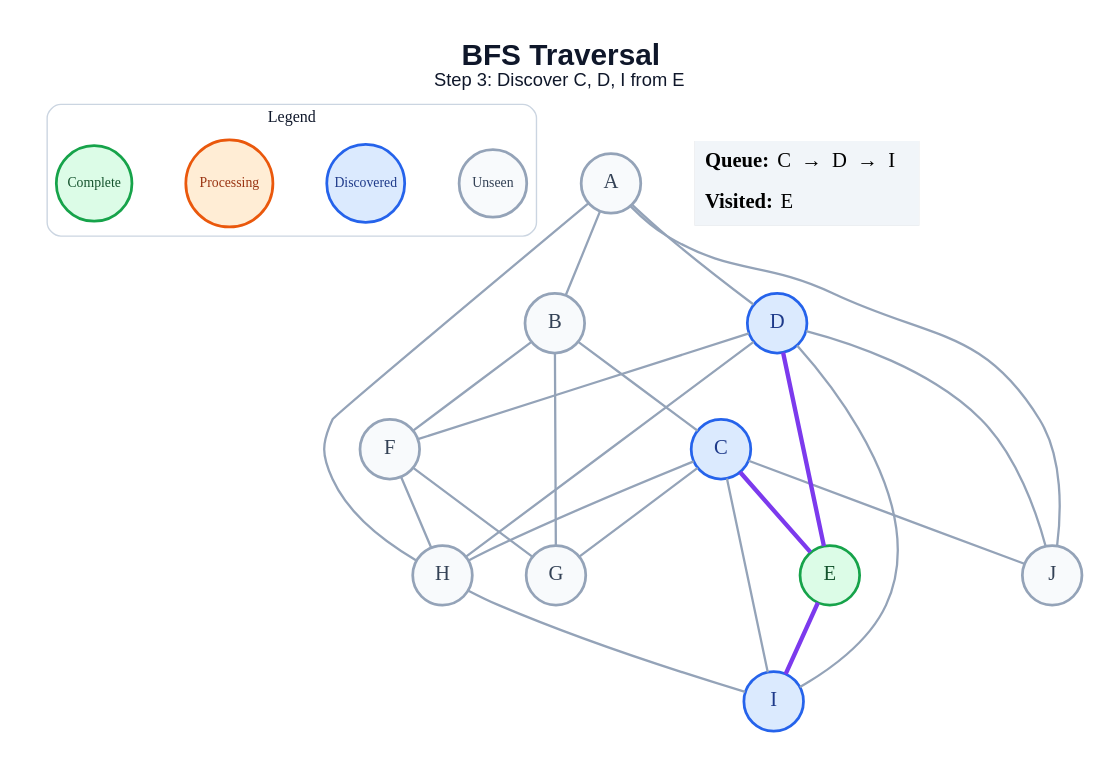
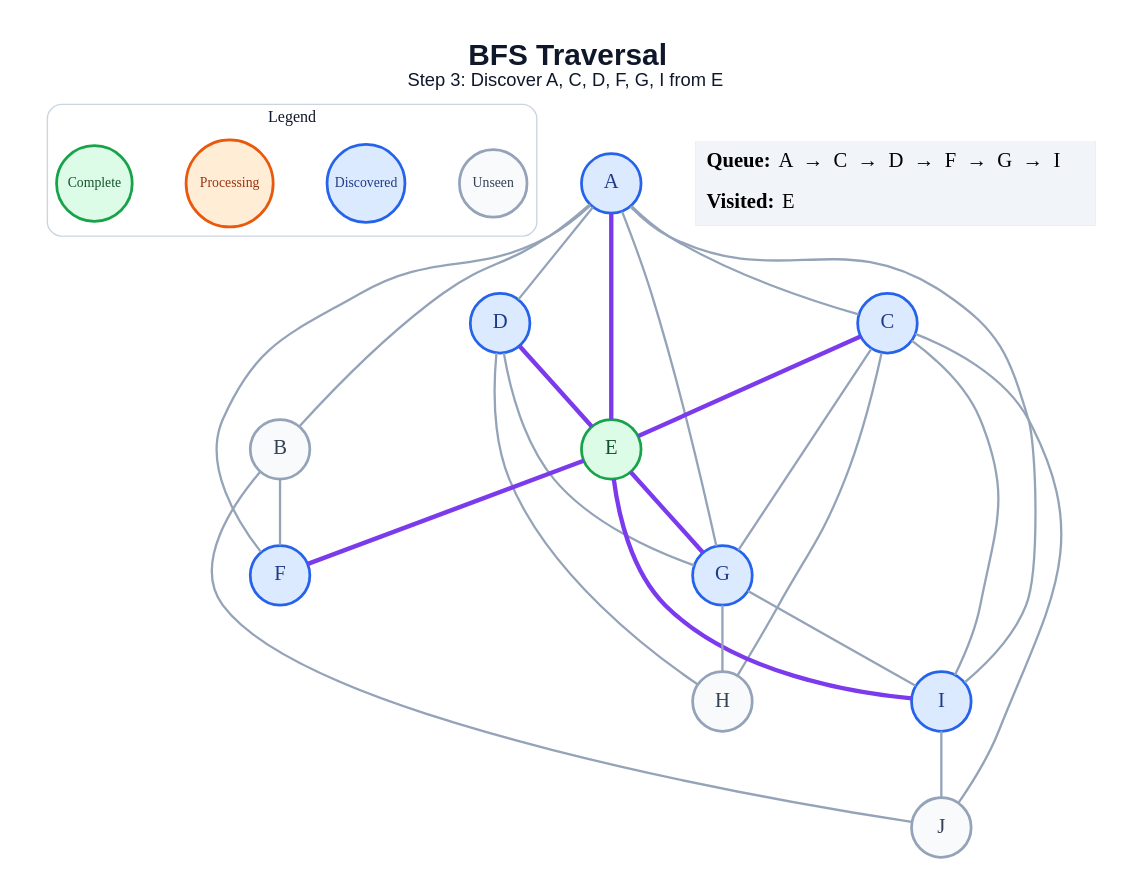
The diagram in generated/specific-node/bfs/step_03.dot (anon7238593-create/ai-slop), drawn with Graphviz before and after one commit. The commit also changed 179 other files, not shown here.

```diff
--- a/generated/specific-node/bfs/step_03.dot
+++ b/generated/specific-node/bfs/step_03.dot
@@ -1,50 +1,52 @@
 graph traversal {
   graph [layout=dot, rankdir=TB, bgcolor="#FFFFFF", pad="0.35", nodesep="0.65", ranksep="0.8", fontname="Arial"];
   node [shape=circle, style="filled", fontname="Arial Bold", fontsize=18, width=0.72, fixedsize=true, penwidth=2.4];
   edge [color="#94A3B8", penwidth=2.0];
-  label=<<B>BFS Traversal</B><BR/><FONT POINT-SIZE="16">Step 3: Discover C, D, I from E</FONT>>; labelloc="t"; fontsize=26; fontname="Arial"; fontcolor="#0F172A";
+  label=<<B>BFS Traversal</B><BR/><FONT POINT-SIZE="16">Step 3: Discover A, C, D, F, G, I from E</FONT>>; labelloc="t"; fontsize=26; fontname="Arial"; fontcolor="#0F172A";
   subgraph cluster_legend { label="Legend"; color="#CBD5E1"; penwidth=1.2; style="rounded"; fontsize=14; fontname="Arial Bold";
     key_unseen [label="Unseen", fillcolor="#F8FAFC", color="#94A3B8", fontcolor="#334155", fontsize=12, width=0.82];
     key_frontier [label="Discovered", fillcolor="#DBEAFE", color="#2563EB", fontcolor="#1E3A8A", fontsize=12, width=0.95];
     key_current [label="Processing", fillcolor="#FFEDD5", color="#EA580C", fontcolor="#9A3412", fontsize=12, width=1.05];
     key_done [label="Complete", fillcolor="#DCFCE7", color="#16A34A", fontcolor="#14532D", fontsize=12, width=0.92];
     { rank=same; key_unseen; key_frontier; key_current; key_done; }
   }
-  A [fillcolor="#F8FAFC", color="#94A3B8", fontcolor="#334155"];
+  A [fillcolor="#DBEAFE", color="#2563EB", fontcolor="#1E3A8A"];
   B [fillcolor="#F8FAFC", color="#94A3B8", fontcolor="#334155"];
   C [fillcolor="#DBEAFE", color="#2563EB", fontcolor="#1E3A8A"];
   D [fillcolor="#DBEAFE", color="#2563EB", fontcolor="#1E3A8A"];
   E [fillcolor="#DCFCE7", color="#16A34A", fontcolor="#14532D"];
-  F [fillcolor="#F8FAFC", color="#94A3B8", fontcolor="#334155"];
-  G [fillcolor="#F8FAFC", color="#94A3B8", fontcolor="#334155"];
+  F [fillcolor="#DBEAFE", color="#2563EB", fontcolor="#1E3A8A"];
+  G [fillcolor="#DBEAFE", color="#2563EB", fontcolor="#1E3A8A"];
   H [fillcolor="#F8FAFC", color="#94A3B8", fontcolor="#334155"];
   I [fillcolor="#DBEAFE", color="#2563EB", fontcolor="#1E3A8A"];
   J [fillcolor="#F8FAFC", color="#94A3B8", fontcolor="#334155"];
   A -- B;
+  A -- C;
   A -- D;
-  A -- H;
-  A -- J;
-  B -- C;
+  A -- E [color="#7C3AED", penwidth=3.8];
+  A -- F;
+  A -- G;
+  A -- I;
   B -- F;
-  B -- G;
+  B -- J;
   C -- E [color="#7C3AED", penwidth=3.8];
   C -- G;
   C -- H;
   C -- I;
   C -- J;
   D -- E [color="#7C3AED", penwidth=3.8];
-  D -- F;
+  D -- G;
   D -- H;
-  D -- I;
-  D -- J;
+  E -- F [color="#7C3AED", penwidth=3.8];
+  E -- G [color="#7C3AED", penwidth=3.8];
   E -- I [color="#7C3AED", penwidth=3.8];
-  F -- G;
-  F -- H;
-  H -- I;
+  G -- H;
+  G -- I;
+  I -- J;
   status [shape=plain, fixedsize=false, width=0, height=0, margin=0, label=<
     <TABLE BORDER="0" CELLBORDER="0" CELLPADDING="7" BGCOLOR="#F1F5F9">
-      <TR><TD ALIGN="LEFT"><B>Queue:</B> C  →  D  →  I</TD></TR>
+      <TR><TD ALIGN="LEFT"><B>Queue:</B> A  →  C  →  D  →  F  →  G  →  I</TD></TR>
       <TR><TD ALIGN="LEFT"><B>Visited:</B> E</TD></TR>
     </TABLE>
   >];
 }
```
